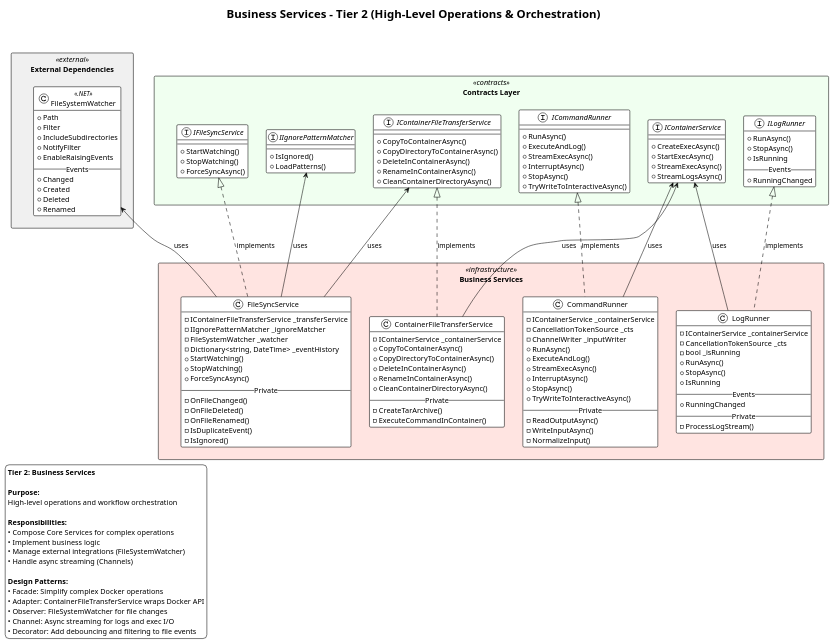
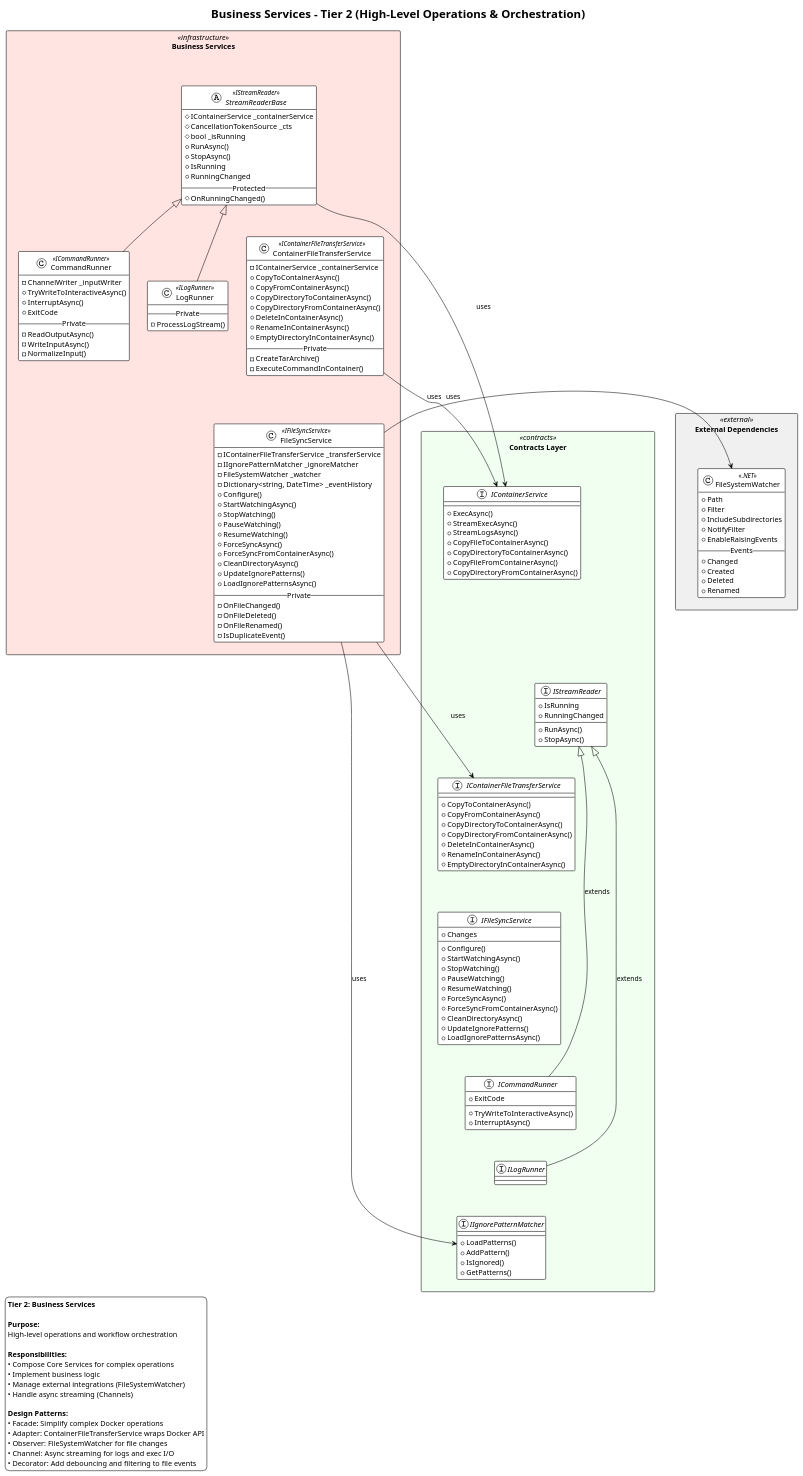
One commit to ReflexLevel0/DockerBuildboxSystem changed the diagram in docs/architecture/detailed/service-tiers/Tier-2-Business-Services.wsd. Above: the diagram before and after it, drawn with PlantUML. The commit also changed 7 other files, not shown here.

```diff
--- a/docs/architecture/detailed/service-tiers/Tier-2-Business-Services.wsd
+++ b/docs/architecture/detailed/service-tiers/Tier-2-Business-Services.wsd
@@ -28,132 +28,165 @@
 ' ====================================================================
 package "Contracts Layer" <<contracts>> #Honeydew {
     interface IContainerService {
-        + CreateExecAsync()
-        + StartExecAsync()
+        + ExecAsync()
         + StreamExecAsync()
         + StreamLogsAsync()
+        + CopyFileToContainerAsync()
+        + CopyDirectoryToContainerAsync()
+        + CopyFileFromContainerAsync()
+        + CopyDirectoryFromContainerAsync()
+    }
+
+    interface IStreamReader {
+        + RunAsync()
+        + StopAsync()
+        + IsRunning
+        + RunningChanged
     }
 
     interface IContainerFileTransferService {
         + CopyToContainerAsync()
+        + CopyFromContainerAsync()
         + CopyDirectoryToContainerAsync()
+        + CopyDirectoryFromContainerAsync()
         + DeleteInContainerAsync()
         + RenameInContainerAsync()
-        + CleanContainerDirectoryAsync()
+        + EmptyDirectoryInContainerAsync()
     }
 
     interface IFileSyncService {
-        + StartWatching()
+        + Configure()
+        + StartWatchingAsync()
         + StopWatching()
+        + PauseWatching()
+        + ResumeWatching()
         + ForceSyncAsync()
+        + ForceSyncFromContainerAsync()
+        + CleanDirectoryAsync()
+        + UpdateIgnorePatterns()
+        + LoadIgnorePatternsAsync()
+        + Changes
     }
 
     interface ICommandRunner {
-        + RunAsync()
-        + ExecuteAndLog()
-        + StreamExecAsync()
+        + TryWriteToInteractiveAsync()
         + InterruptAsync()
-        + StopAsync()
-        + TryWriteToInteractiveAsync()
+        + ExitCode
     }
 
     interface ILogRunner {
-        + RunAsync()
-        + StopAsync()
-        + IsRunning
-        --Events--
-        + RunningChanged
     }
 
     interface IIgnorePatternMatcher {
+        + LoadPatterns()
+        + AddPattern()
         + IsIgnored()
-        + LoadPatterns()
+        + GetPatterns()
     }
+
+    IStreamReader <|-- ICommandRunner : extends
+    IStreamReader <|-- ILogRunner : extends
+    
+    ' Layout hints within Contracts
+    IContainerService -[hidden]down-> IStreamReader
+    IStreamReader -[hidden]down-> IContainerFileTransferService
+    IContainerFileTransferService -[hidden]down-> IFileSyncService
+    IFileSyncService -[hidden]down-> ICommandRunner
+    ICommandRunner -[hidden]down-> ILogRunner
+    ILogRunner -[hidden]down-> IIgnorePatternMatcher
 }
 
 ' ====================================================================
 ' IMPLEMENTATIONS
 ' ====================================================================
 package "Business Services" <<infrastructure>> #MistyRose {
-    class ContainerFileTransferService {
+    abstract StreamReaderBase <<IStreamReader>> {
+        # IContainerService _containerService
+        # CancellationTokenSource _cts
+        # bool _isRunning
+        + RunAsync()
+        + StopAsync()
+        + IsRunning
+        + RunningChanged
+        --Protected--
+        # OnRunningChanged()
+    }
+
+    class ContainerFileTransferService <<IContainerFileTransferService>> {
         - IContainerService _containerService
         + CopyToContainerAsync()
+        + CopyFromContainerAsync()
         + CopyDirectoryToContainerAsync()
+        + CopyDirectoryFromContainerAsync()
         + DeleteInContainerAsync()
         + RenameInContainerAsync()
-        + CleanContainerDirectoryAsync()
+        + EmptyDirectoryInContainerAsync()
         --Private--
         - CreateTarArchive()
         - ExecuteCommandInContainer()
     }
 
-    class FileSyncService {
+    class FileSyncService <<IFileSyncService>> {
         - IContainerFileTransferService _transferService
         - IIgnorePatternMatcher _ignoreMatcher
         - FileSystemWatcher _watcher
         - Dictionary<string, DateTime> _eventHistory
-        + StartWatching()
+        + Configure()
+        + StartWatchingAsync()
         + StopWatching()
+        + PauseWatching()
+        + ResumeWatching()
         + ForceSyncAsync()
+        + ForceSyncFromContainerAsync()
+        + CleanDirectoryAsync()
+        + UpdateIgnorePatterns()
+        + LoadIgnorePatternsAsync()
         --Private--
         - OnFileChanged()
         - OnFileDeleted()
         - OnFileRenamed()
         - IsDuplicateEvent()
-        - IsIgnored()
     }
 
-    class CommandRunner {
-        - IContainerService _containerService
-        - CancellationTokenSource _cts
+    class CommandRunner <<ICommandRunner>> {
         - ChannelWriter _inputWriter
-        + RunAsync()
-        + ExecuteAndLog()
-        + StreamExecAsync()
+        + TryWriteToInteractiveAsync()
         + InterruptAsync()
-        + StopAsync()
-        + TryWriteToInteractiveAsync()
+        + ExitCode
         --Private--
         - ReadOutputAsync()
         - WriteInputAsync()
         - NormalizeInput()
     }
 
-    class LogRunner {
-        - IContainerService _containerService
-        - CancellationTokenSource _cts
-        - bool _isRunning
-        + RunAsync()
-        + StopAsync()
-        + IsRunning
-        --Events--
-        + RunningChanged
+    class LogRunner <<ILogRunner>> {
         --Private--
         - ProcessLogStream()
     }
+
+    StreamReaderBase <|-- CommandRunner
+    StreamReaderBase <|-- LogRunner
+    
+    ' Layout hints within Business Services
+    StreamReaderBase -[hidden]down-> ContainerFileTransferService
+    ContainerFileTransferService -[hidden]down-> FileSyncService
+    CommandRunner -[hidden]right-> LogRunner
 }
 
 ' ====================================================================
 ' RELATIONSHIPS
 ' ====================================================================
 
-' Implementations
-ContainerFileTransferService .up.|> IContainerFileTransferService : implements
-FileSyncService .up.|> IFileSyncService : implements
-CommandRunner .up.|> ICommandRunner : implements
-LogRunner .up.|> ILogRunner : implements
-
-' Dependencies
+' Dependencies (only showing usage, implementations indicated by stereotypes)
+StreamReaderBase --> IContainerService : uses
 ContainerFileTransferService --> IContainerService : uses
 FileSyncService --> IContainerFileTransferService : uses
 FileSyncService --> IIgnorePatternMatcher : uses
-FileSyncService -up-> FileSystemWatcher : uses
-CommandRunner --> IContainerService : uses
-LogRunner --> IContainerService : uses
+FileSyncService --> FileSystemWatcher : uses
 
-' Layout control - place External Dependencies to the left
+' Layout control
 "External Dependencies" -[hidden]right-> "Contracts Layer"
-"Contracts Layer" -[hidden]down-> "Business Services"
+"Contracts Layer" -[hidden]right-> "Business Services"
 
 ' ====================================================================
 ' NOTES
```
